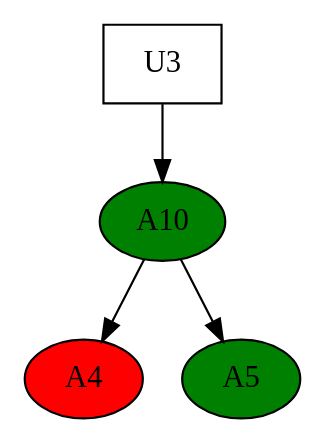
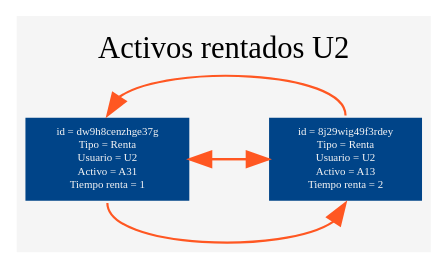
The diagram in cmake-build-debug/aux_grafico.dot (HerberthReyes07/EDD_EVD24_P1), drawn with Graphviz before and after one commit. The commit also changed 22 other files, not shown here.

```diff
--- a/cmake-build-debug/aux_grafico.dot
+++ b/cmake-build-debug/aux_grafico.dot
@@ -1,10 +1,15 @@
 digraph G {
-n7[label="U3" shape="box"];
-n7->nu1og321q87b9339;
-nu1og321q87b9339[label=A10 style="filled" fillcolor = "green"];
-nu1og321q87b9339->n2csq9re515x011z;
-n2csq9re515x011z[label=A4 style="filled" fillcolor = "red"];
-nu1og321q87b9339->nx59u5ctgt6pl32y;
-nx59u5ctgt6pl32y[label=A5 style="filled" fillcolor = "green"];
-
+bgcolor="#F5F5F5";fontcolor=black;
+label="Activos rentados U2";
+labelloc="t";
+nodesep=0.5;
+node [fontsize = 5 shape=box style=filled fillcolor="#004488" fontcolor="#F5F5F5" color=transparent];
+edge [fontcolor=white color="#ff5722"];
+n1[label="id = dw9h8cenzhge37g\nTipo = Renta\nUsuario = U2\nActivo = A31\nTiempo renta = 1"];
+n2[label="id = 8j29wig49f3rdey\nTipo = Renta\nUsuario = U2\nActivo = A13\nTiempo renta = 2"];
+n1->n2;
+n2->n1;
+n2->n1[tailport=n headport=n];
+n1->n2[tailport=s headport=s];
+{ rank=same; n1; n2; }
 }
```
